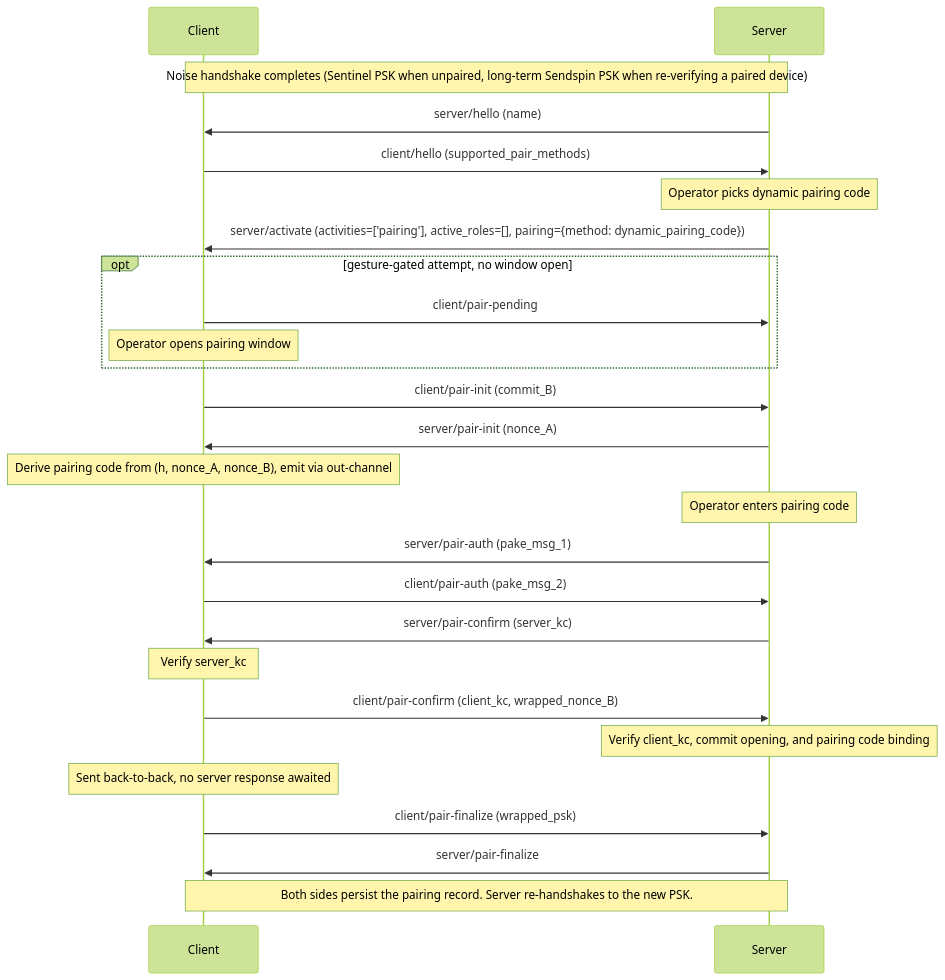
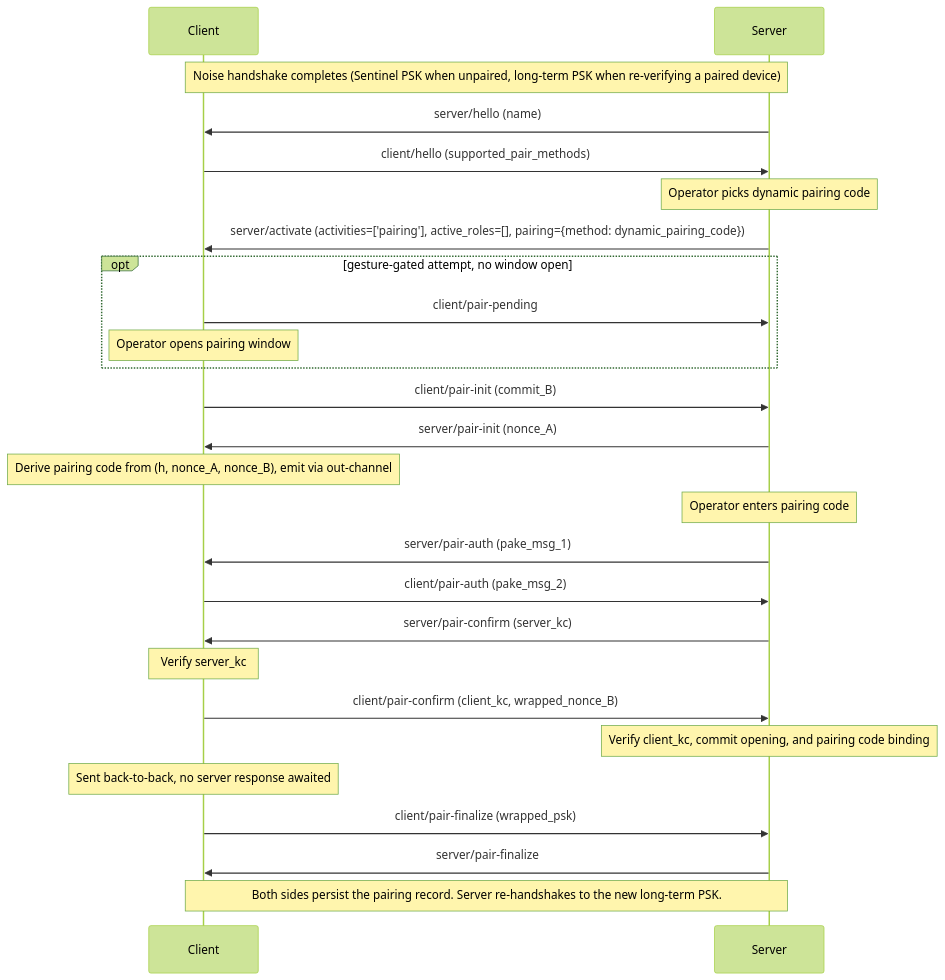
One commit to Resonate-Protocol/spec changed the third of 4 diagrams in README.md. Above: the diagram before and after it, drawn with Mermaid (forest theme). The commit also changed other lines of this file and 5 other files, not shown here.

````diff
--- a/README.md
+++ b/README.md
@@ -813,30 +813,30 @@
 ```mermaid
 sequenceDiagram
     participant Client
     participant Server
 
-    Note over Client,Server: Noise handshake completes (Sentinel PSK when unpaired, long-term Sendspin PSK when re-verifying a paired device)
+    Note over Client,Server: Noise handshake completes (Sentinel PSK when unpaired, long-term PSK when re-verifying a paired device)
 
     Server->>Client: server/hello (name)
     Client->>Server: client/hello (supported_pair_methods)
     Note over Server: Operator picks dynamic pairing code
     Server->>Client: server/activate (activities=['pairing'], active_roles=[], pairing={method: dynamic_pairing_code})
     opt gesture-gated attempt, no window open
         Client->>Server: client/pair-pending
         Note over Client: Operator opens pairing window
     end
     Client->>Server: client/pair-init (commit_B)
     Server->>Client: server/pair-init (nonce_A)
     Note over Client: Derive pairing code from (h, nonce_A, nonce_B), emit via out-channel
     Note over Server: Operator enters pairing code
     Server->>Client: server/pair-auth (pake_msg_1)
     Client->>Server: client/pair-auth (pake_msg_2)
     Server->>Client: server/pair-confirm (server_kc)
     Note over Client: Verify server_kc
     Client->>Server: client/pair-confirm (client_kc, wrapped_nonce_B)
     Note over Server: Verify client_kc, commit opening, and pairing code binding
     Note over Client: Sent back-to-back, no server response awaited
     Client->>Server: client/pair-finalize (wrapped_psk)
     Server->>Client: server/pair-finalize
-    Note over Client,Server: Both sides persist the pairing record. Server re-handshakes to the new PSK.
+    Note over Client,Server: Both sides persist the pairing record. Server re-handshakes to the new long-term PSK.
 ```
````
